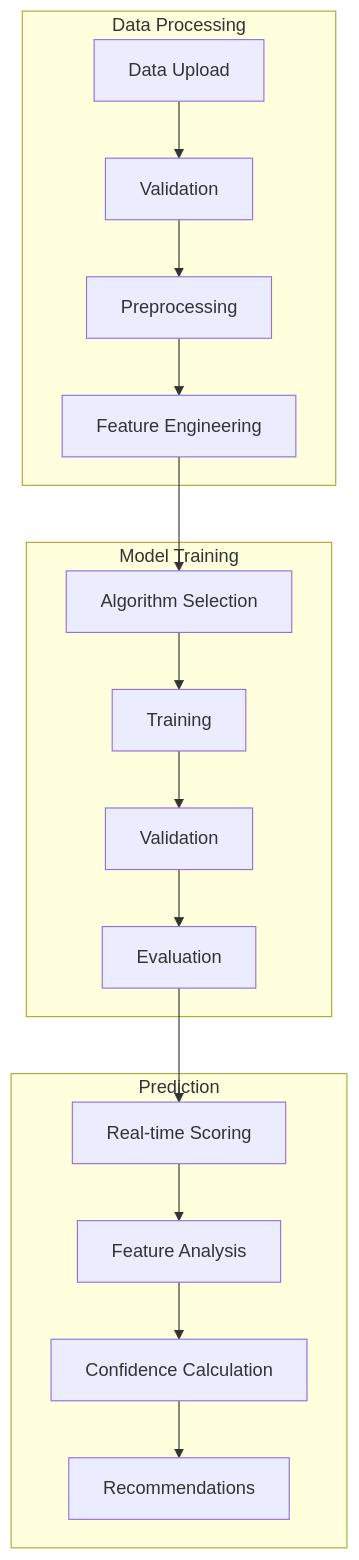
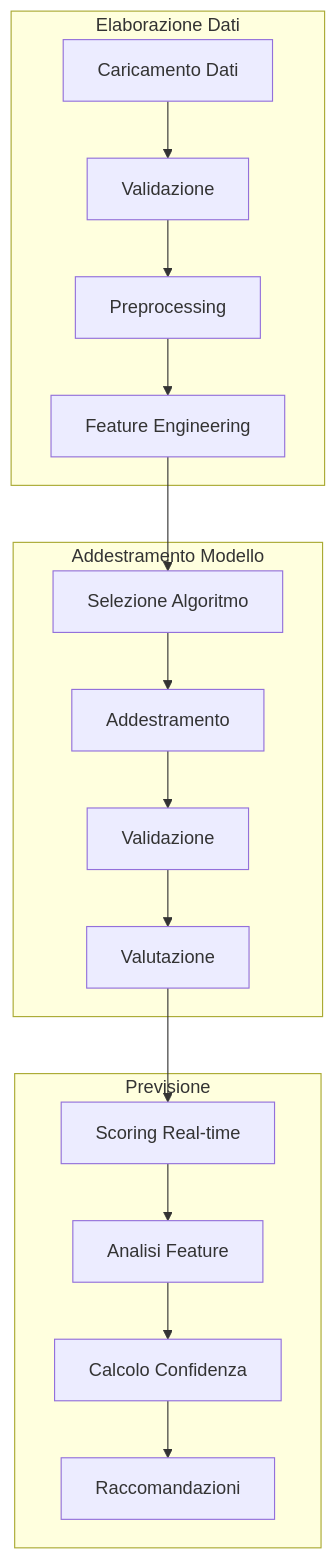
The sixth of 11 diagrams in ValutAI Tech Summary.md (rosariomoscato/ValutAI), drawn with Mermaid before and after one commit. The commit also changed other lines of this file and 3 other files, not shown here.

````diff
--- a/ValutAI Tech Summary.md
+++ b/ValutAI Tech Summary.md
@@ -371,26 +371,26 @@
 ```mermaid
 graph TD
-    subgraph "Data Processing"
-        A[Data Upload]
-        B[Validation]
+    subgraph "Elaborazione Dati"
+        A[Caricamento Dati]
+        B[Validazione]
         C[Preprocessing]
         D[Feature Engineering]
     end
     
-    subgraph "Model Training"
-        E[Algorithm Selection]
-        F[Training]
-        G[Validation]
-        H[Evaluation]
+    subgraph "Addestramento Modello"
+        E[Selezione Algoritmo]
+        F[Addestramento]
+        G[Validazione]
+        H[Valutazione]
     end
     
-    subgraph "Prediction"
-        I[Real-time Scoring]
-        J[Feature Analysis]
-        K[Confidence Calculation]
-        L[Recommendations]
+    subgraph "Previsione"
+        I[Scoring Real-time]
+        J[Analisi Feature]
+        K[Calcolo Confidenza]
+        L[Raccomandazioni]
     end
     
     A --> B --> C --> D --> E --> F --> G --> H
     H --> I --> J --> K --> L
 ```
````
